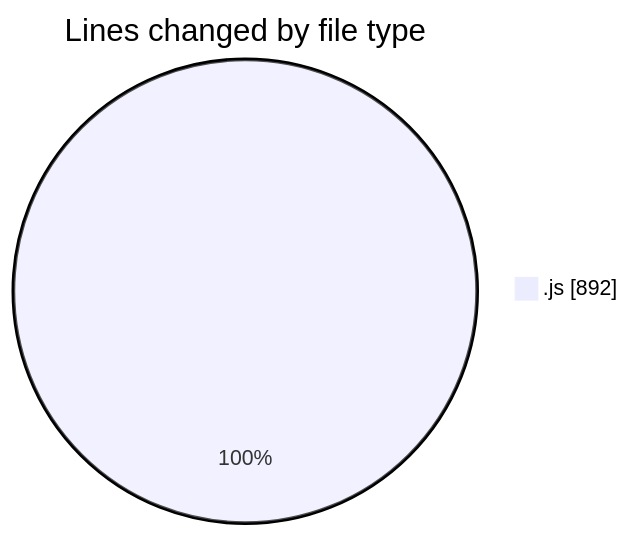
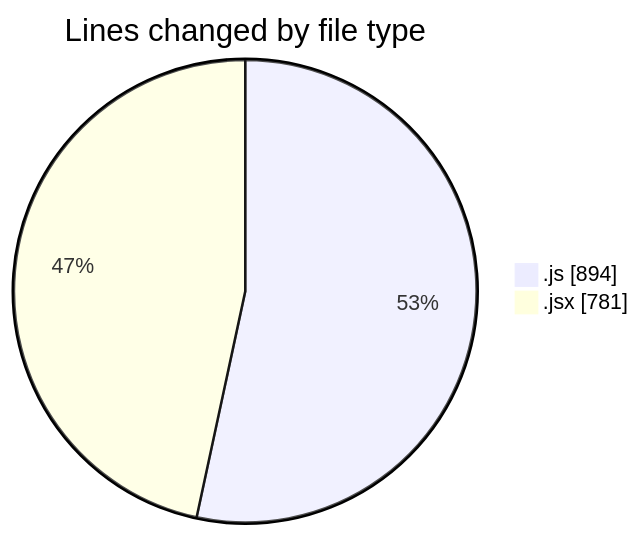
Before and after one commit to nxtqubesakshisongat/code-tracking: the first of 2 diagrams in 2025-09-11/nxtqube_webapp/README.md, drawn with Mermaid. The commit also changed other lines of this file and 1 other file, not shown here.

````diff
--- a/2025-09-11/nxtqube_webapp/README.md
+++ b/2025-09-11/nxtqube_webapp/README.md
@@ -20,5 +21,6 @@
 ```mermaid
 pie showData
 title Lines changed by file type
-".js" : 892
+".js" : 894
+".jsx" : 781
 ```
````
